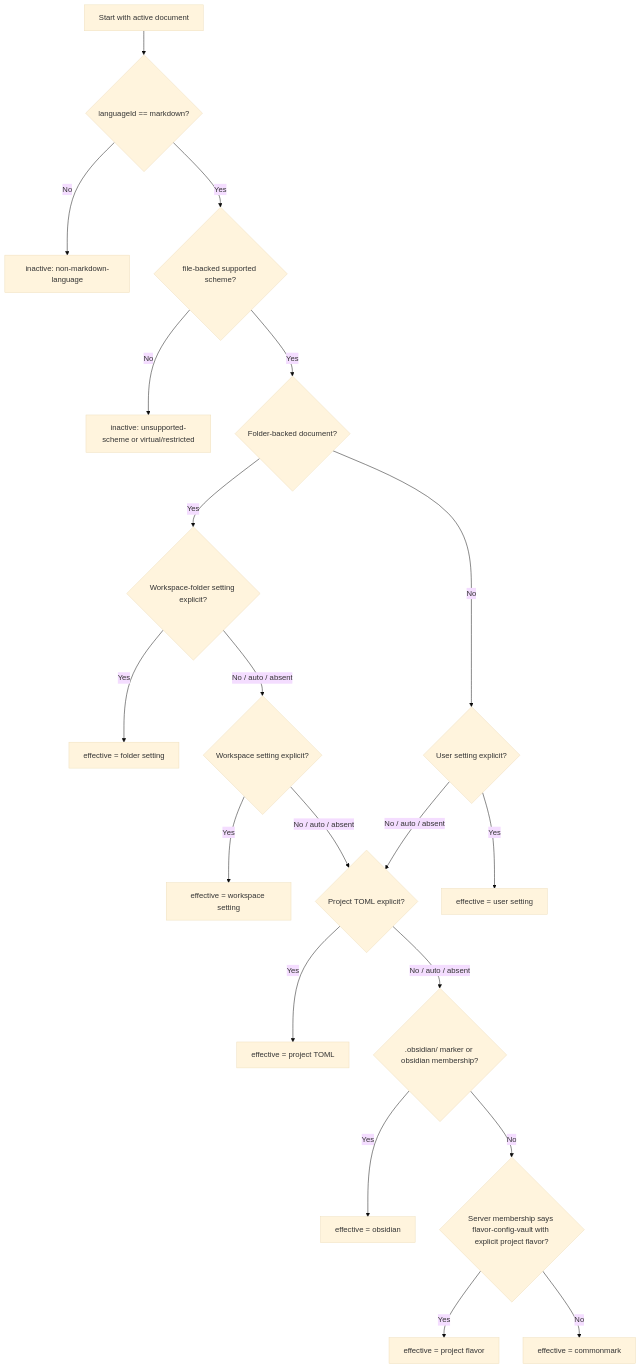
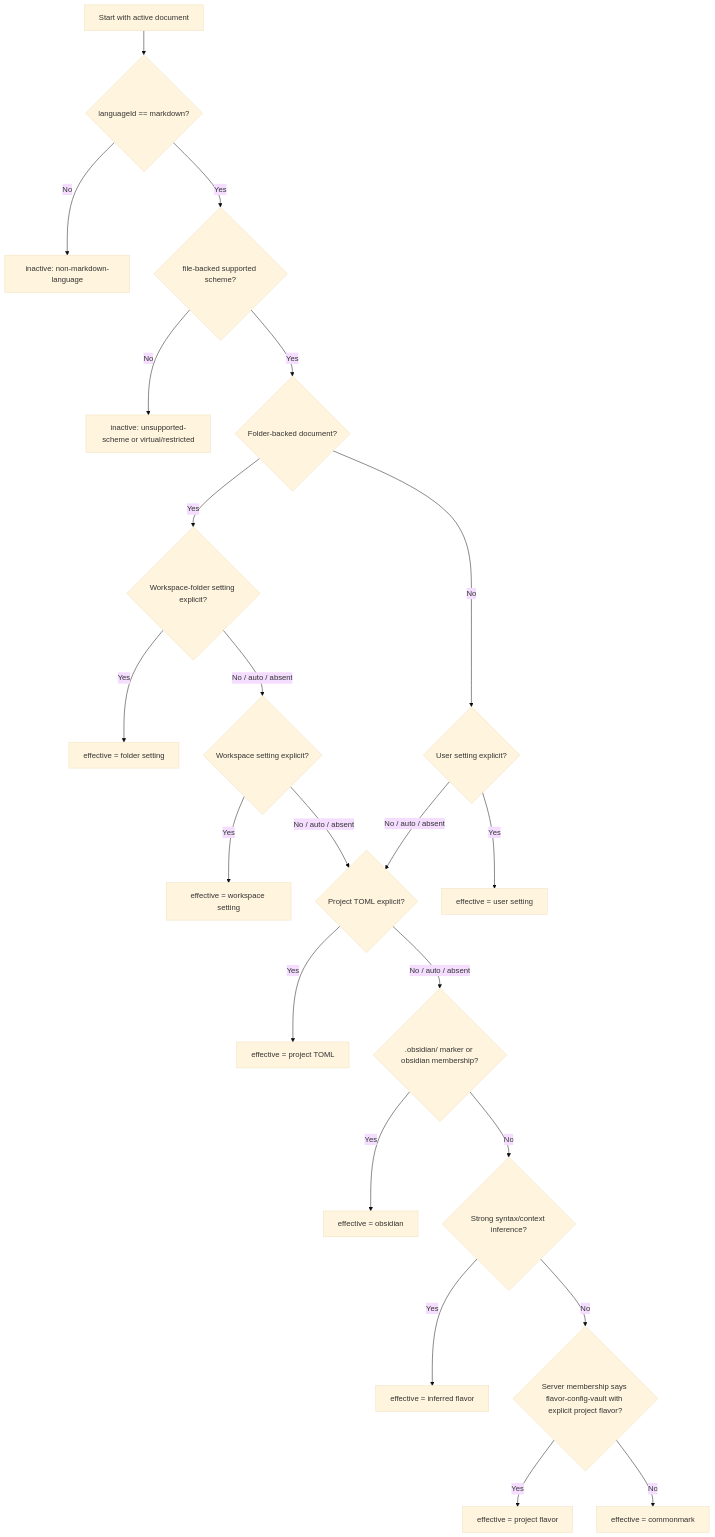
The diagram in docs/design/markdown-flavor-auto-detection.md (alisonaquinas/flavor-grenade-lsp), drawn with Mermaid (base theme) before and after one commit. The commit also changed other lines of this file and 1 other file, not shown here.

Commit message:
docs: specify markdown flavor syntax inference

````diff
--- a/docs/design/markdown-flavor-auto-detection.md
+++ b/docs/design/markdown-flavor-auto-detection.md
@@ -127,22 +141,24 @@
 ```mermaid
 flowchart TD
   A["Start with active document"] --> B{"languageId == markdown?"}
   B -- "No" --> Z1["inactive: non-markdown-language"]
   B -- "Yes" --> C{"file-backed supported scheme?"}
   C -- "No" --> Z2["inactive: unsupported-scheme or virtual/restricted"]
   C -- "Yes" --> D{"Folder-backed document?"}
   D -- "Yes" --> E{"Workspace-folder setting explicit?"}
   E -- "Yes" --> R1["effective = folder setting"]
   E -- "No / auto / absent" --> F{"Workspace setting explicit?"}
   F -- "Yes" --> R2["effective = workspace setting"]
   F -- "No / auto / absent" --> G{"Project TOML explicit?"}
   D -- "No" --> H{"User setting explicit?"}
   H -- "Yes" --> R3["effective = user setting"]
   H -- "No / auto / absent" --> G
   G -- "Yes" --> R4["effective = project TOML"]
   G -- "No / auto / absent" --> I{".obsidian/ marker or obsidian membership?"}
   I -- "Yes" --> R5["effective = obsidian"]
-  I -- "No" --> J{"Server membership says flavor-config-vault with explicit project flavor?"}
-  J -- "Yes" --> R6["effective = project flavor"]
-  J -- "No" --> R7["effective = commonmark"]
+  I -- "No" --> K{"Strong syntax/context inference?"}
+  K -- "Yes" --> R6["effective = inferred flavor"]
+  K -- "No" --> J{"Server membership says flavor-config-vault with explicit project flavor?"}
+  J -- "Yes" --> R7["effective = project flavor"]
+  J -- "No" --> R8["effective = commonmark"]
 ```
````
